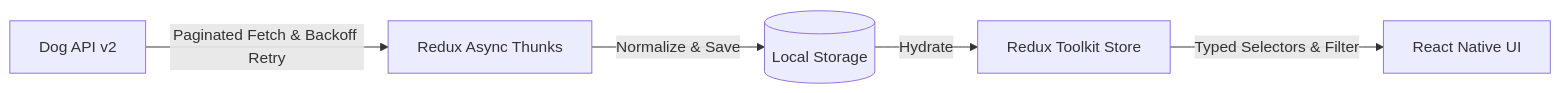
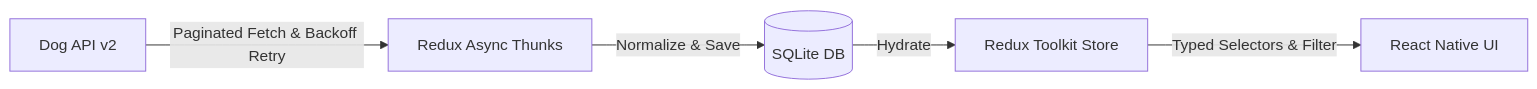
The diagram in README.md (Almaaz07/DogBreeds), drawn with Mermaid before and after one commit. The commit also changed other lines of this file and 11 other files, not shown here.

````diff
--- a/README.md
+++ b/README.md
@@ -40,7 +40,7 @@
 ```mermaid
 flowchart LR
     API[Dog API v2] -->|Paginated Fetch & Backoff Retry| ReduxThunk[Redux Async Thunks]
-    ReduxThunk -->|Normalize & Save| Cache[(Local Storage)]
+    ReduxThunk -->|Normalize & Save| Cache[(SQLite DB)]
     Cache -->|Hydrate| Store[Redux Toolkit Store]
     Store -->|Typed Selectors & Filter| UI[React Native UI]
 ```
````
